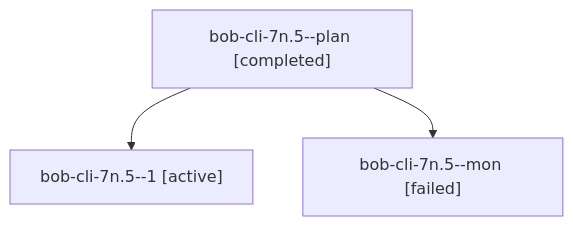
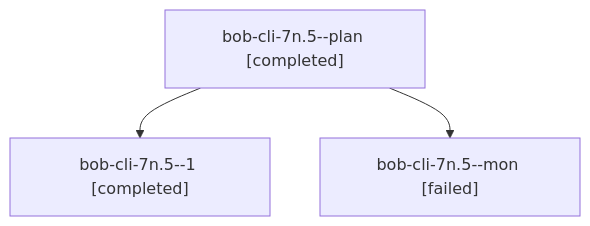
The diagram in sessions/bbugyi200.athena.bob-cli-7n.5.md (bobs-org/bob-cli--agents), drawn with Mermaid before and after one commit. The commit also changed other lines of this file and 46 other files, not shown here.

````diff
--- a/sessions/bbugyi200.athena.bob-cli-7n.5.md
+++ b/sessions/bbugyi200.athena.bob-cli-7n.5.md
@@ -9,8 +9,8 @@
 ```mermaid
 flowchart TD
   n0["bob-cli-7n.5--plan [completed]"]
-  n1["bob-cli-7n.5--1 [active]"]
+  n1["bob-cli-7n.5--1 [completed]"]
   n0 --> n1
   n2["bob-cli-7n.5--mon [failed]"]
   n0 --> n2
 ```
````
